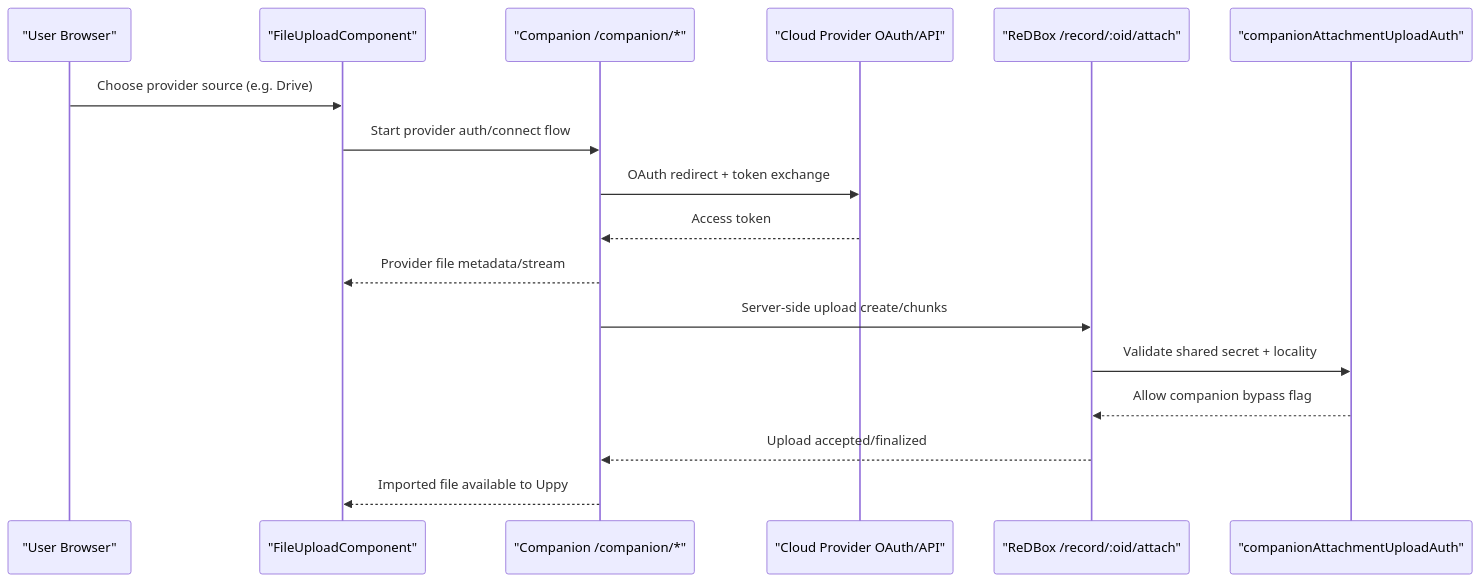
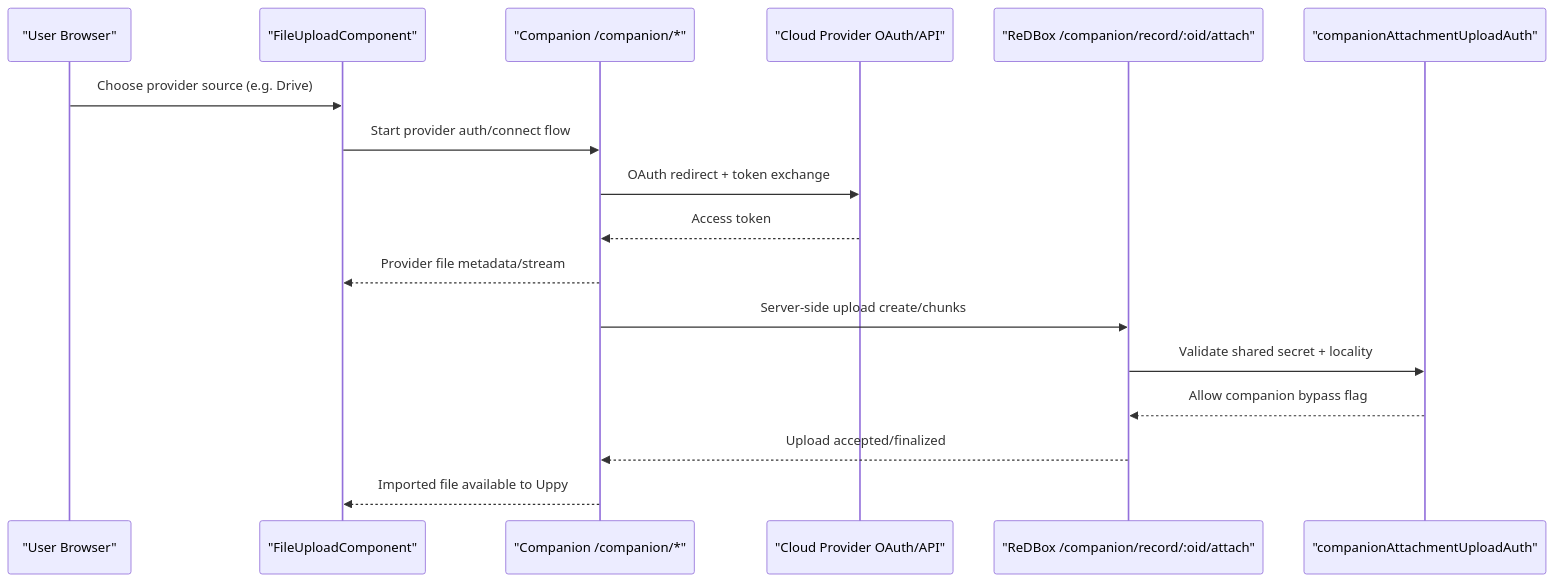
Before and after one commit to redbox-mint/redbox-portal: the third of 4 diagrams in support/wiki/Uppy-and-TUS-Architecture.md, drawn with Mermaid. The commit also changed other lines of this file and 3 other files, not shown here.

````diff
--- a/support/wiki/Uppy-and-TUS-Architecture.md
+++ b/support/wiki/Uppy-and-TUS-Architecture.md
@@ -52,20 +53,20 @@
 ```mermaid
 sequenceDiagram
     participant U as "User Browser"
     participant FC as "FileUploadComponent"
     participant CP as "Companion /companion/*"
     participant PR as "Cloud Provider OAuth/API"
-    participant RB as "ReDBox /record/:oid/attach"
+    participant RB as "ReDBox /companion/record/:oid/attach"
     participant PA as "companionAttachmentUploadAuth"
 
     U->>FC: Choose provider source (e.g. Drive)
     FC->>CP: Start provider auth/connect flow
     CP->>PR: OAuth redirect + token exchange
     PR-->>CP: Access token
     CP-->>FC: Provider file metadata/stream
     CP->>RB: Server-side upload create/chunks
     RB->>PA: Validate shared secret + locality
     PA-->>RB: Allow companion bypass flag
     RB-->>CP: Upload accepted/finalized
     CP-->>FC: Imported file available to Uppy
 ```
````
